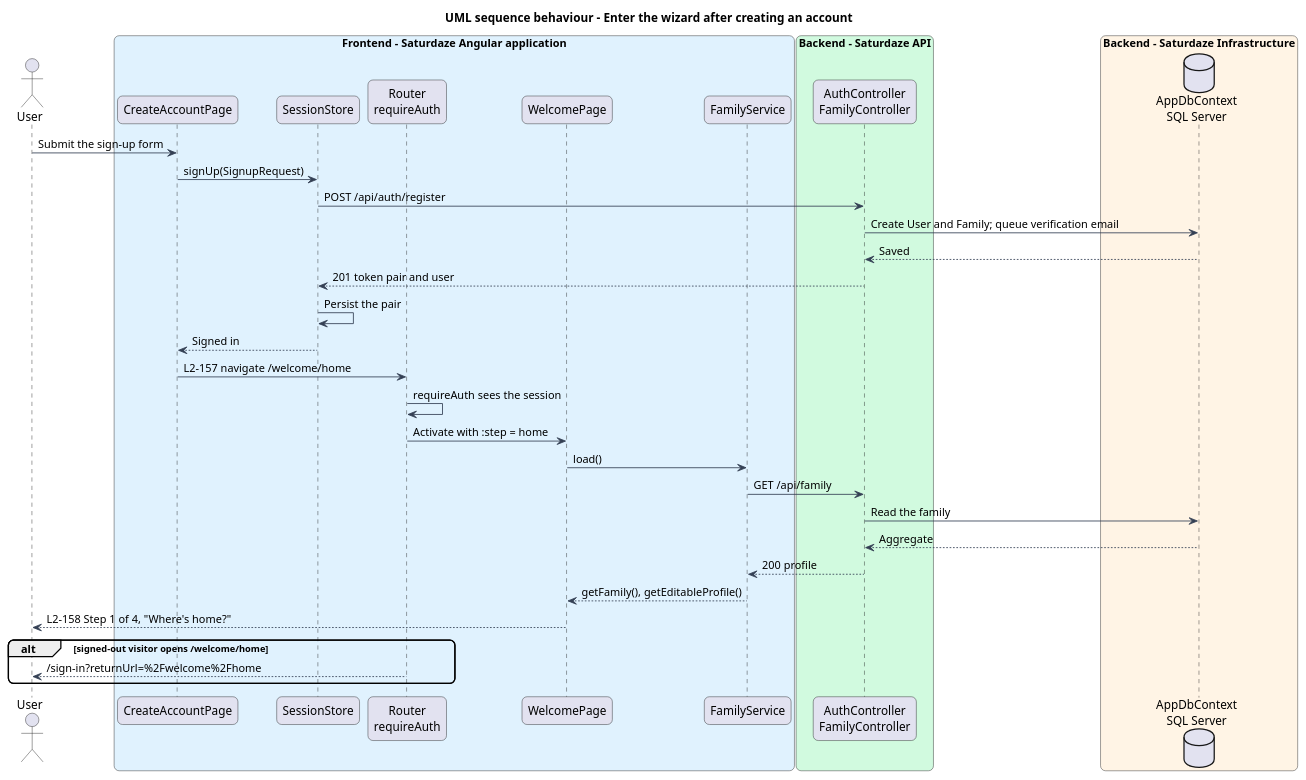
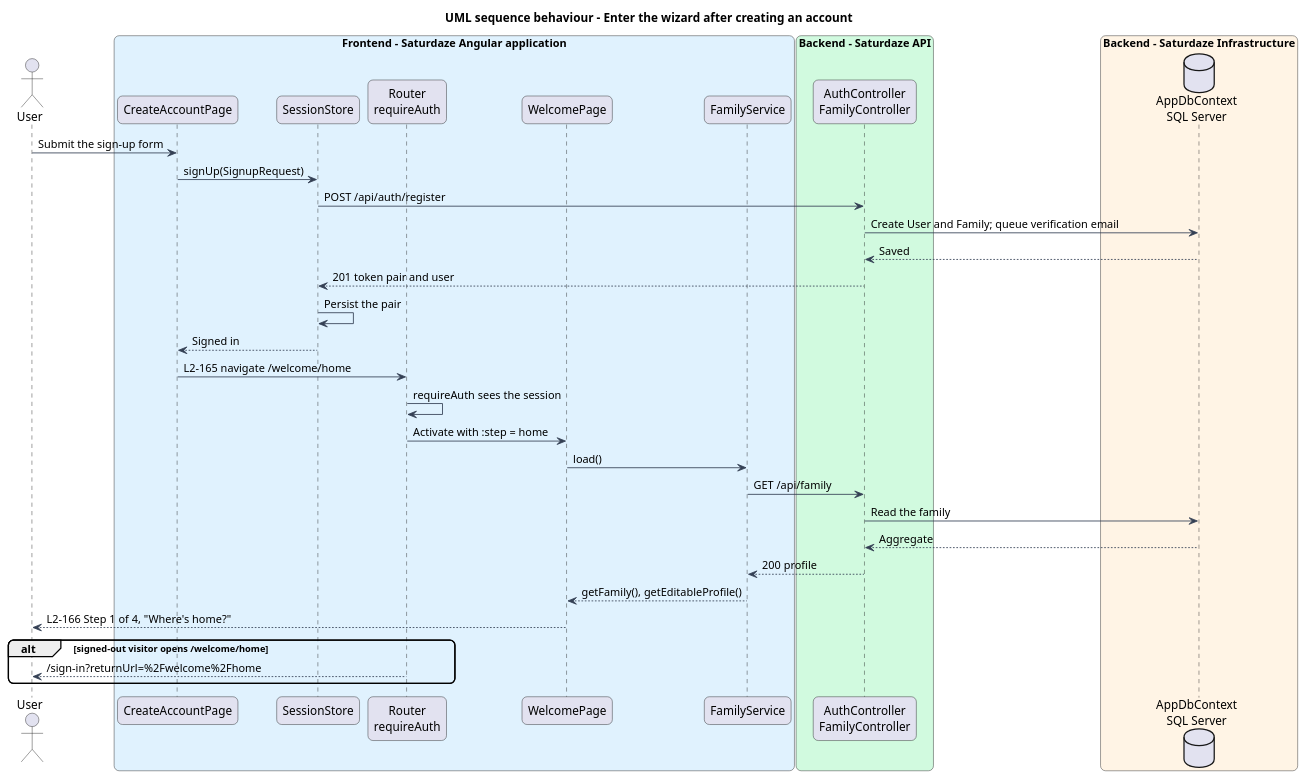
One commit to QuinntyneBrown/saturdaze changed the diagram in docs/detailed-designs/family-profile/onboard-new-family/diagrams/sequence-enter-wizard.puml. Above: the diagram before and after it, drawn with PlantUML. The commit also changed 26 other files, not shown here.

```diff
--- a/docs/detailed-designs/family-profile/onboard-new-family/diagrams/sequence-enter-wizard.puml
+++ b/docs/detailed-designs/family-profile/onboard-new-family/diagrams/sequence-enter-wizard.puml
@@ -1,43 +1,43 @@
 @startuml
 title UML sequence behaviour - Enter the wizard after creating an account
 skinparam backgroundColor #FFFFFF
 skinparam shadowing false
 skinparam roundcorner 12
 skinparam defaultFontName Arial
 skinparam ArrowColor #344054
 actor "User" as actor
 box "Frontend - Saturdaze Angular application" #E0F2FE
  participant "CreateAccountPage" as create
  participant "SessionStore" as session
  participant "Router\nrequireAuth" as router
  participant "WelcomePage" as page
  participant "FamilyService" as client
 end box
 box "Backend - Saturdaze API" #D1FADF
  participant "AuthController\nFamilyController" as controller
 end box
 box "Backend - Saturdaze Infrastructure" #FFF4E5
  database "AppDbContext\nSQL Server" as db
 end box
 actor -> create : Submit the sign-up form
 create -> session : signUp(SignupRequest)
 session -> controller : POST /api/auth/register
 controller -> db : Create User and Family; queue verification email
 db --> controller : Saved
 controller --> session : 201 token pair and user
 session -> session : Persist the pair
 session --> create : Signed in
-create -> router : L2-157 navigate /welcome/home
+create -> router : L2-165 navigate /welcome/home
 router -> router : requireAuth sees the session
 router -> page : Activate with :step = home
 page -> client : load()
 client -> controller : GET /api/family
 controller -> db : Read the family
 db --> controller : Aggregate
 controller --> client : 200 profile
 client --> page : getFamily(), getEditableProfile()
-page --> actor : L2-158 Step 1 of 4, "Where's home?"
+page --> actor : L2-166 Step 1 of 4, "Where's home?"
 alt signed-out visitor opens /welcome/home
  router --> actor : /sign-in?returnUrl=%2Fwelcome%2Fhome
 end
 @enduml
```
